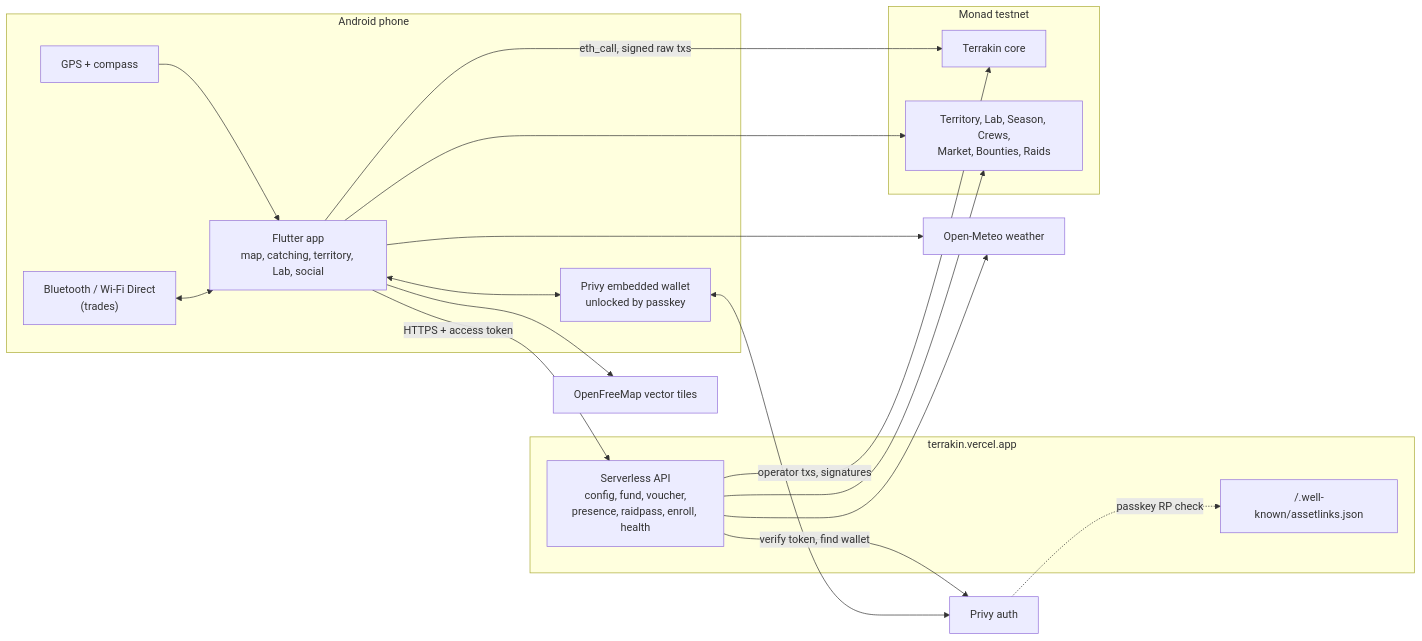
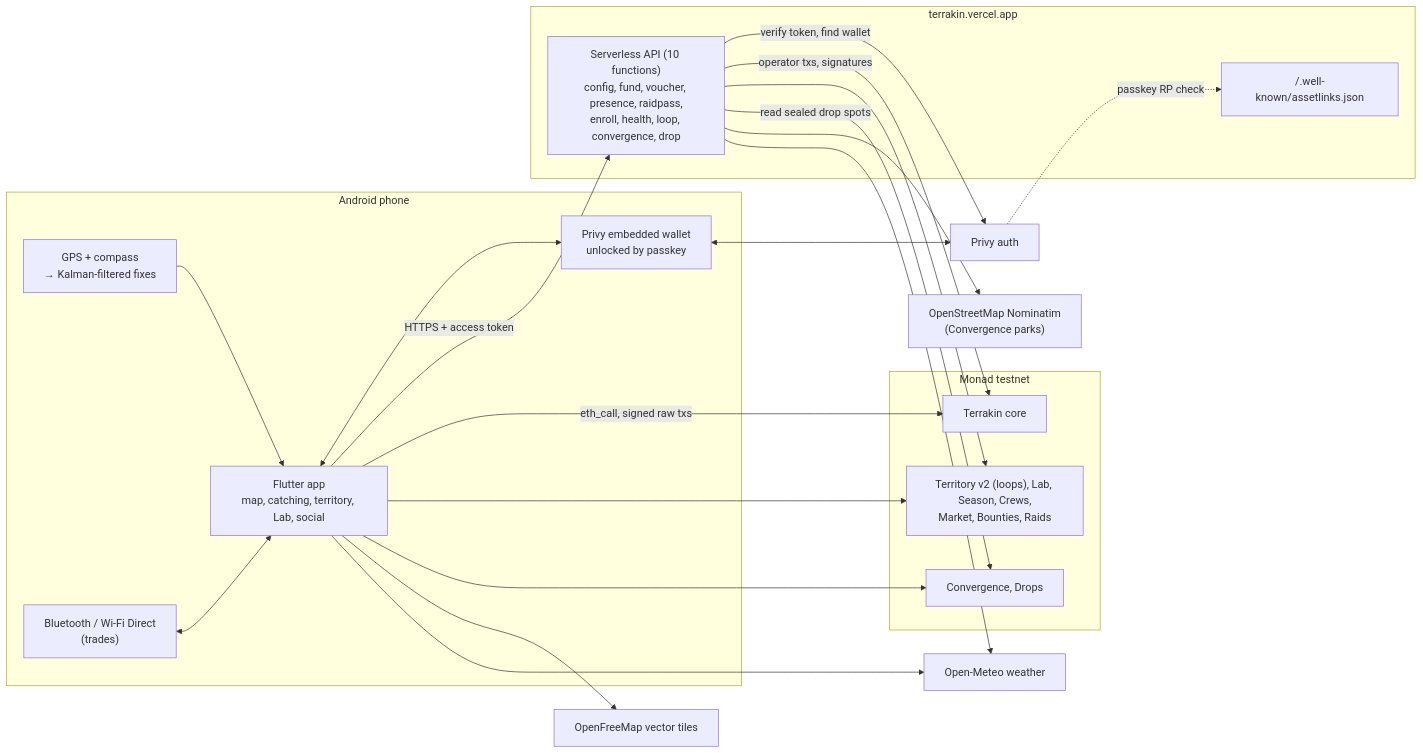
One commit to Srizdebnath/terrakin changed the first of 53 diagrams in README.md. Above: the diagram before and after it, drawn with Mermaid. The commit also changed other lines of this file and 43 other files, not shown here.

First line of the commit message:
Terrakin 1.1.0: Loop Capture, Convergence, Dead Drops

````diff
--- a/README.md
+++ b/README.md
@@ -101,35 +110,40 @@
 ```mermaid
 flowchart LR
   subgraph Phone["Android phone"]
     App["Flutter app<br/>map, catching, territory, Lab, social"]
     Wallet["Privy embedded wallet<br/>unlocked by passkey"]
-    GPS["GPS + compass"]
+    GPS["GPS + compass<br/>→ Kalman-filtered fixes"]
     BT["Bluetooth / Wi-Fi Direct<br/>(trades)"]
   end
   subgraph Vercel["terrakin.vercel.app"]
-    API["Serverless API<br/>config, fund, voucher,<br/>presence, raidpass, enroll, health"]
+    API["Serverless API (10 functions)<br/>config, fund, voucher, presence, raidpass,<br/>enroll, health, loop, convergence, drop"]
     AL["/.well-known/assetlinks.json"]
   end
   subgraph Monad["Monad testnet"]
     Core["Terrakin core"]
-    Mods["Territory, Lab, Season, Crews,<br/>Market, Bounties, Raids"]
+    Mods["Territory v2 (loops), Lab, Season, Crews,<br/>Market, Bounties, Raids"]
+    Adv["Convergence, Drops"]
   end
   Privy["Privy auth"]
+  OSM["OpenStreetMap Nominatim<br/>(Convergence parks)"]
   Tiles["OpenFreeMap vector tiles"]
   Meteo["Open-Meteo weather"]
 
   GPS --> App
   BT <--> App
   App <--> Wallet
   Wallet <--> Privy
   App -- "HTTPS + access token" --> API
   API -- "verify token, find wallet" --> Privy
   API -- "operator txs, signatures" --> Core
   API --> Mods
+  API -- "read sealed drop spots" --> Adv
+  API --> OSM
   App -- "eth_call, signed raw txs" --> Core
   App --> Mods
+  App --> Adv
   App --> Tiles
   App --> Meteo
   API --> Meteo
   Privy -. "passkey RP check" .-> AL
 ```
````
